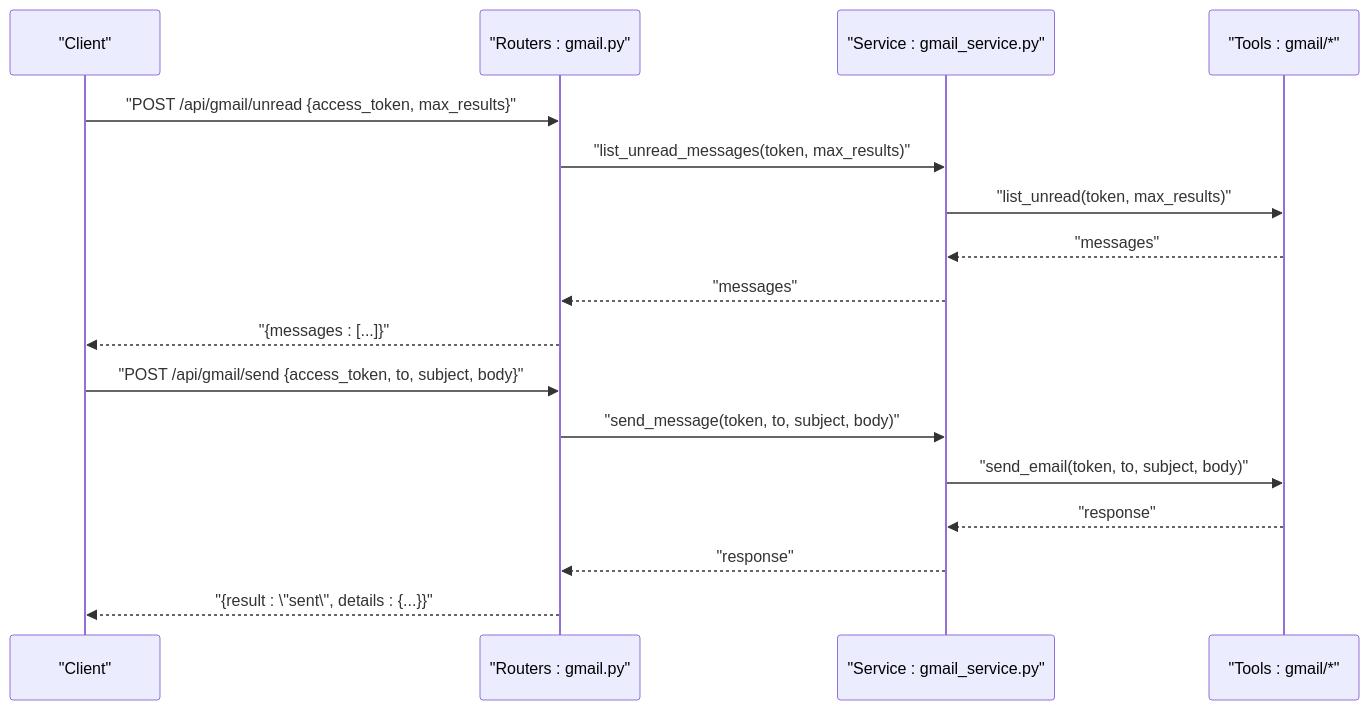
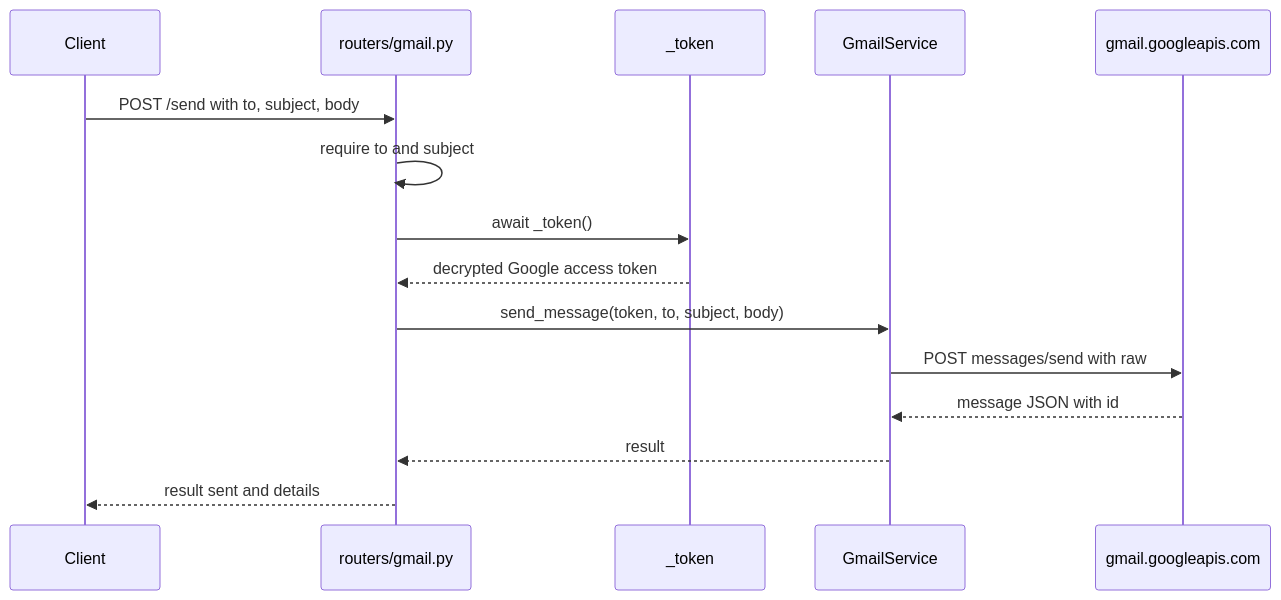
One commit to tashifkhan/tashif.codes changed the second of 6 diagrams in src/data/docs/agentic-browser/Service Integrations/Gmail Integration.md. Above: the diagram before and after it, drawn with Mermaid. The commit also changed other lines of this file and 114 other files, not shown here.

````diff
--- a/src/data/docs/agentic-browser/Service Integrations/Gmail Integration.md
+++ b/src/data/docs/agentic-browser/Service Integrations/Gmail Integration.md
@@ -93,19 +80,17 @@
 ```mermaid
 sequenceDiagram
-participant C as "Client"
-participant R as "Routers : gmail.py"
-participant S as "Service : gmail_service.py"
-participant T as "Tools : gmail/*"
-C->>R : "POST /api/gmail/unread {access_token, max_results}"
-R->>S : "list_unread_messages(token, max_results)"
-S->>T : "list_unread(token, max_results)"
-T-->>S : "messages"
-S-->>R : "messages"
-R-->>C : "{messages : [...]}"
-C->>R : "POST /api/gmail/send {access_token, to, subject, body}"
-R->>S : "send_message(token, to, subject, body)"
-S->>T : "send_email(token, to, subject, body)"
-T-->>S : "response"
-S-->>R : "response"
-R-->>C : "{result : \"sent\", details : {...}}"
+  participant C as Client
+  participant R as routers/gmail.py
+  participant T as _token
+  participant S as GmailService
+  participant G as gmail.googleapis.com
+  C->>R: POST /send with to, subject, body
+  R->>R: require to and subject
+  R->>T: await _token()
+  T-->>R: decrypted Google access token
+  R->>S: send_message(token, to, subject, body)
+  S->>G: POST messages/send with raw
+  G-->>S: message JSON with id
+  S-->>R: result
+  R-->>C: result sent and details
 ```
````
